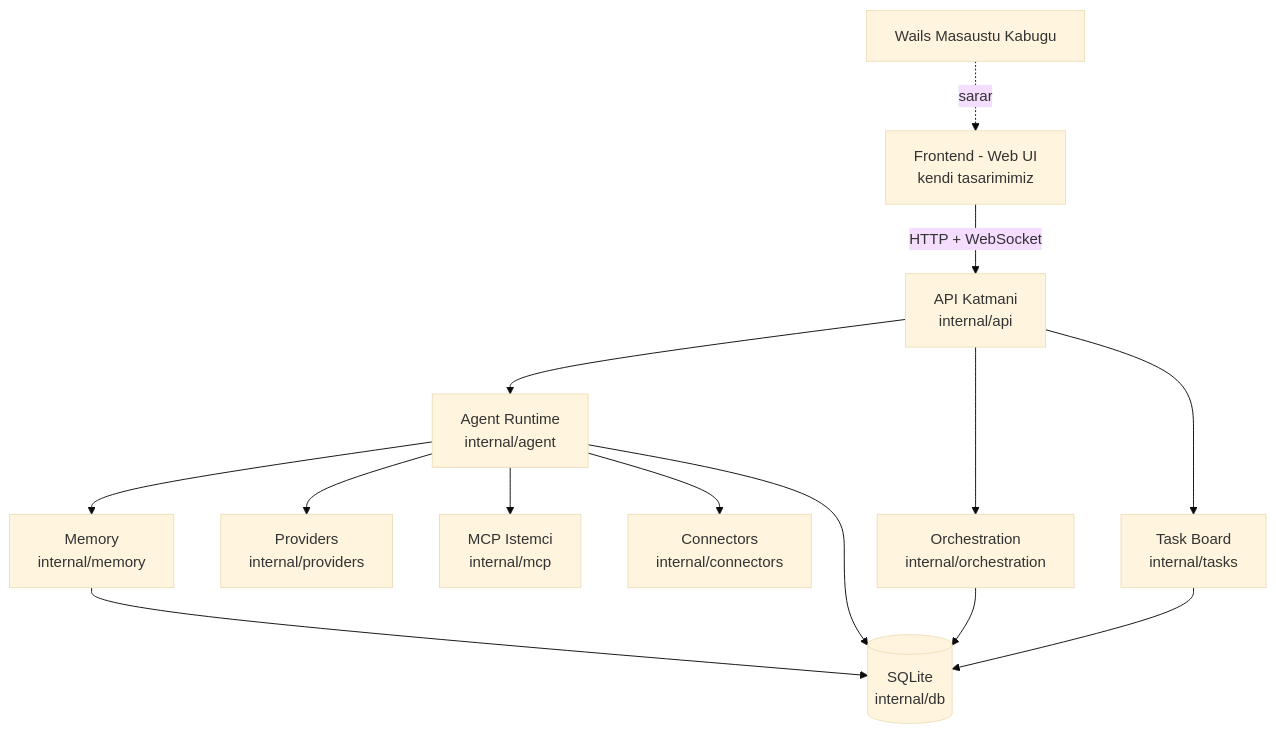
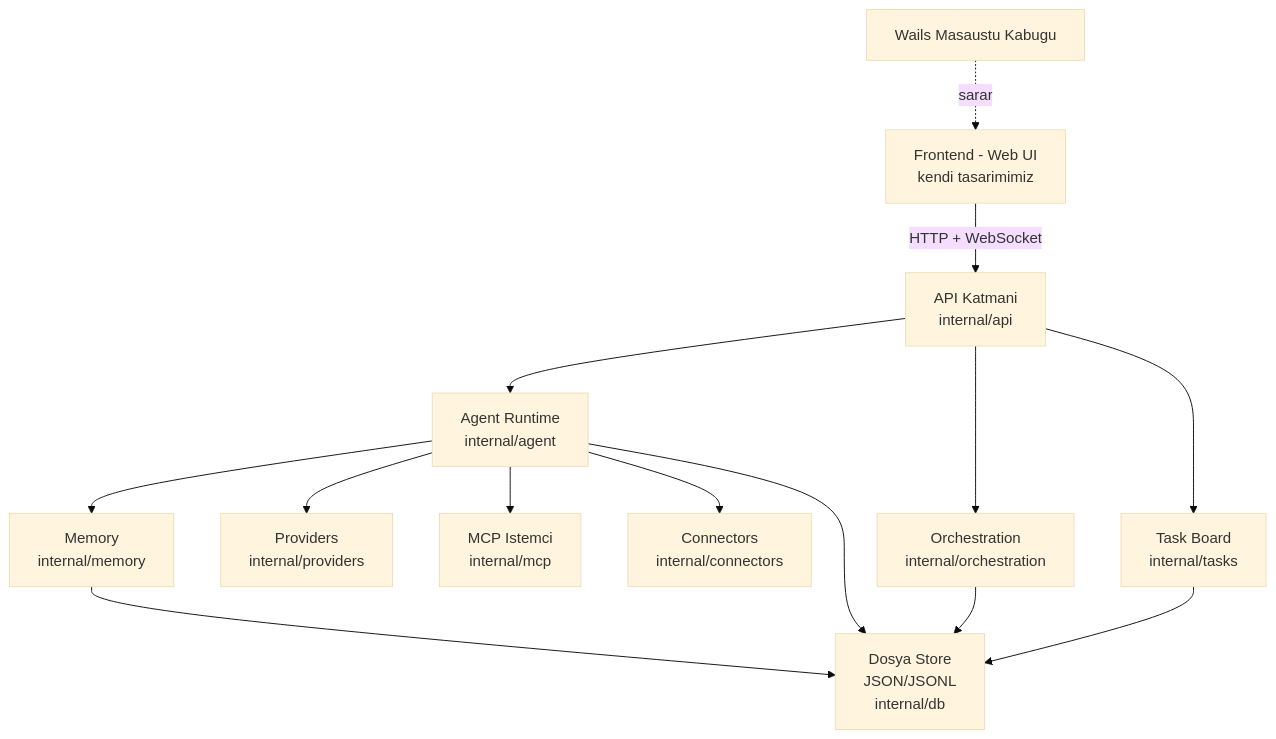
Before and after one commit to bilal-arikan/tionharness: the first of 2 diagrams in _Docs/01-MIMARI.md, drawn with Mermaid (base theme). The commit also changed other lines of this file and 5 other files, not shown here.

````diff
--- a/_Docs/01-MIMARI.md
+++ b/_Docs/01-MIMARI.md
@@ -5,16 +5,16 @@
 ```mermaid
 graph TD
     UI[Frontend - Web UI<br/>kendi tasarimimiz] -->|HTTP + WebSocket| API[API Katmani<br/>internal/api]
     API --> RT[Agent Runtime<br/>internal/agent]
     API --> ORC[Orchestration<br/>internal/orchestration]
     API --> TASK[Task Board<br/>internal/tasks]
     RT --> MEM[Memory<br/>internal/memory]
     RT --> PROV[Providers<br/>internal/providers]
     RT --> MCP[MCP Istemci<br/>internal/mcp]
     RT --> CONN[Connectors<br/>internal/connectors]
-    MEM --> DB[(SQLite<br/>internal/db)]
+    MEM --> DB[Dosya Store<br/>JSON/JSONL<br/>internal/db]
     TASK --> DB
     RT --> DB
     ORC --> DB
     WAILS[Wails Masaustu Kabugu] -.sarar.-> UI
 ```
````
